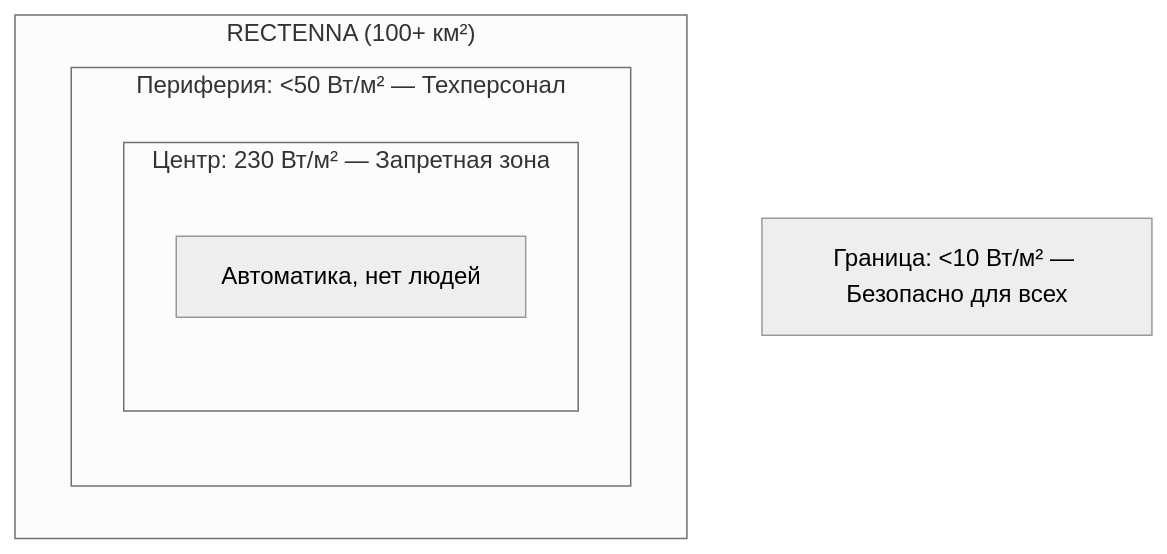
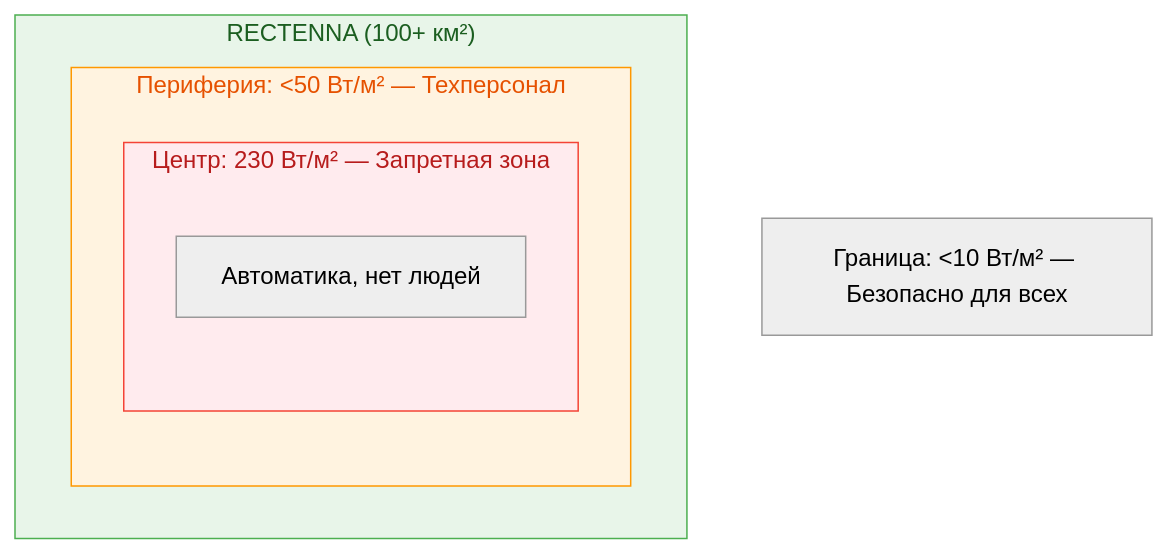
The third of 4 diagrams in ru/science/hub.qmd (DmitryNasikanov/infinite-energy), drawn with Mermaid (neutral theme) before and after one commit. The commit also changed other lines of this file, not shown here.

Commit message:
Science: исправлены цвета диаграмм в hub.qmd
- Диаграмма "Непрерывность работы": светлый фон subgraph
- Диаграмма "Зонирование rectenna": цветовая кодировка зон
  - Зелёный: безопасно
  - Оранжевый: техперсонал
  - Красный: запретная зона

🤖 Generated with [Claude Code](https://claude.com/claude-code)

````diff
--- a/ru/science/hub.qmd
+++ b/ru/science/hub.qmd
@@ -174,12 +176,15 @@
 ```{mermaid}
 flowchart TB
     subgraph rectenna["RECTENNA (100+ км²)"]
-        subgraph center["Центр: 230 Вт/м² — Запретная зона"]
-            A["Автоматика, нет людей"]
-        end
         subgraph periphery["Периферия: <50 Вт/м² — Техперсонал"]
-            center
+            subgraph center["Центр: 230 Вт/м² — Запретная зона"]
+                A["Автоматика, нет людей"]
+            end
         end
     end
     B["Граница: <10 Вт/м² — Безопасно для всех"]
+
+    style rectenna fill:#E8F5E9,stroke:#4CAF50,color:#1B5E20
+    style periphery fill:#FFF3E0,stroke:#FF9800,color:#E65100
+    style center fill:#FFEBEE,stroke:#F44336,color:#B71C1C
 ```
````
